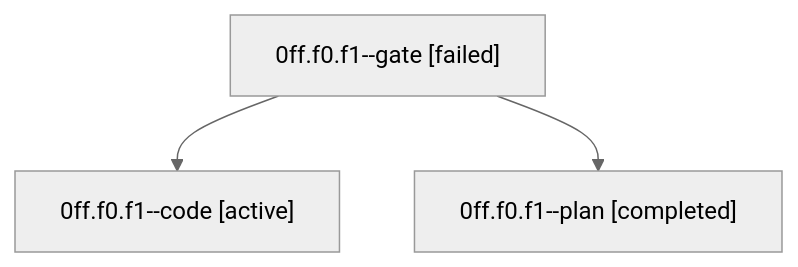
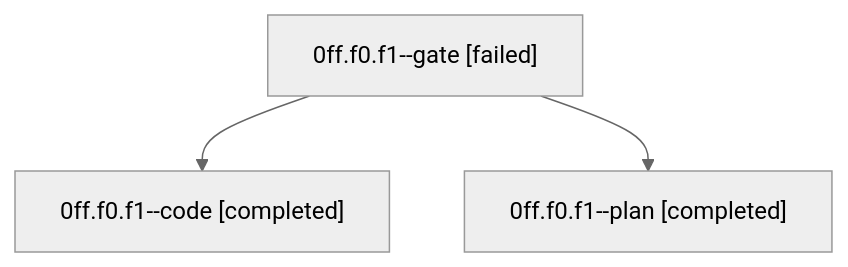
The diagram in sessions/bbugyi200.athena.0ff.f0.f1.md (bobs-org/bob-cli--agents), drawn with Mermaid (neutral theme) before and after one commit. The commit also changed other lines of this file and 15 other files, not shown here.

````diff
--- a/sessions/bbugyi200.athena.0ff.f0.f1.md
+++ b/sessions/bbugyi200.athena.0ff.f0.f1.md
@@ -9,8 +9,8 @@
 ```mermaid
 flowchart TD
   n0["0ff.f0.f1--gate [failed]"]
-  n1["0ff.f0.f1--code [active]"]
+  n1["0ff.f0.f1--code [completed]"]
   n0 --> n1
   n2["0ff.f0.f1--plan [completed]"]
   n0 --> n2
 ```
````
